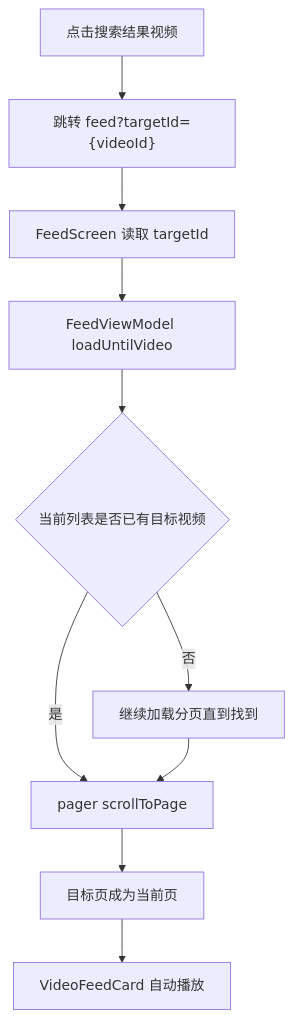
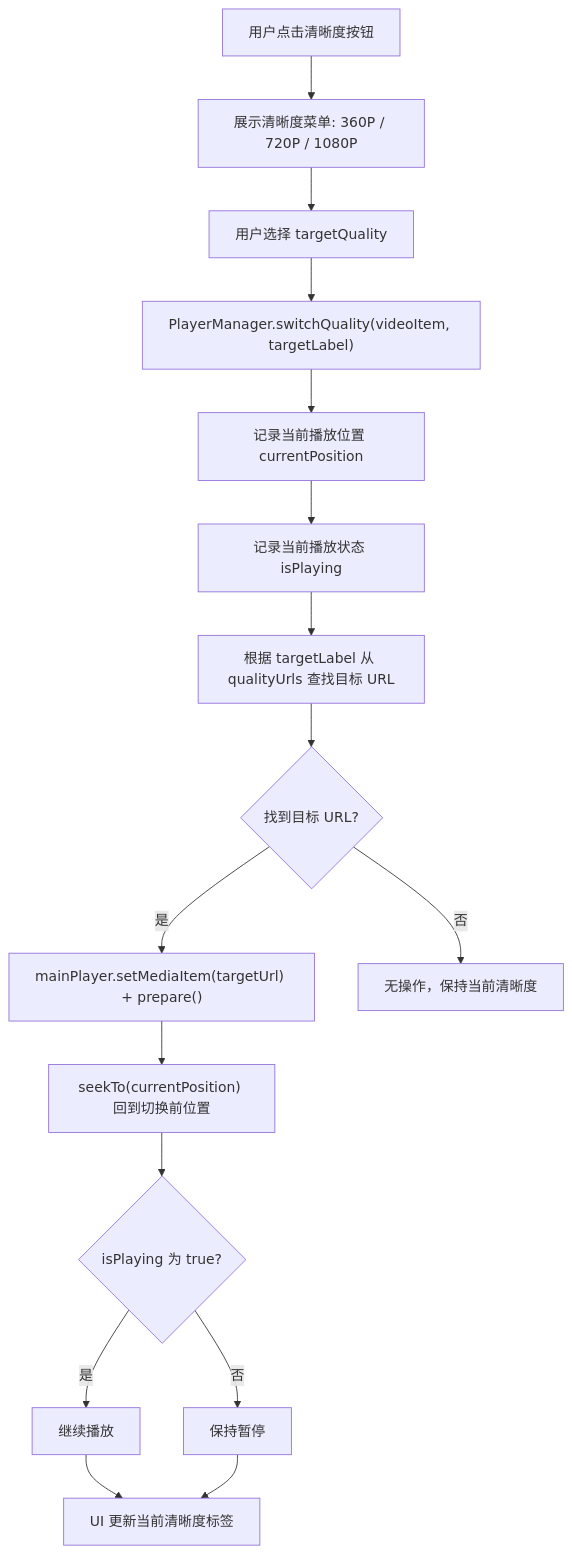
The seventh of 9 diagrams in docs/technical_design.md (Tmilk123/Android), drawn with Mermaid before and after one commit. The commit also changed other lines of this file and 2 other files, not shown here.

First line of the commit message:
滑动流畅度优化: snapshotFlow + PagerSnapDistance + 降频

````diff
--- a/docs/technical_design.md
+++ b/docs/technical_design.md
@@ -155,12 +638,18 @@
 ```mermaid
 flowchart TD
-    A["点击搜索结果视频"] --> B["跳转 feed?targetId={videoId}"]
-    B --> C["FeedScreen 读取 targetId"]
-    C --> D["FeedViewModel loadUntilVideo"]
-    D --> E{"当前列表是否已有目标视频"}
-    E -- "是" --> F["pager scrollToPage"]
-    E -- "否" --> G["继续加载分页直到找到"]
-    G --> F
-    F --> H["目标页成为当前页"]
-    H --> I["VideoFeedCard 自动播放"]
+    A["用户点击清晰度按钮"] --> B["展示清晰度菜单: 360P / 720P / 1080P"]
+    B --> C["用户选择 targetQuality"]
+    C --> D["PlayerManager.switchQuality(videoItem, targetLabel)"]
+    D --> E["记录当前播放位置 currentPosition"]
+    E --> F["记录当前播放状态 isPlaying"]
+    F --> G["根据 targetLabel 从 qualityUrls 查找目标 URL"]
+    G --> H{"找到目标 URL?"}
+    H -- "是" --> I["mainPlayer.setMediaItem(targetUrl) + prepare()"]
+    H -- "否" --> J["无操作，保持当前清晰度"]
+    I --> K["seekTo(currentPosition) 回到切换前位置"]
+    K --> L{"isPlaying 为 true?"}
+    L -- "是" --> M["继续播放"]
+    L -- "否" --> N["保持暂停"]
+    M --> O["UI 更新当前清晰度标签"]
+    N --> O
 ```
````
